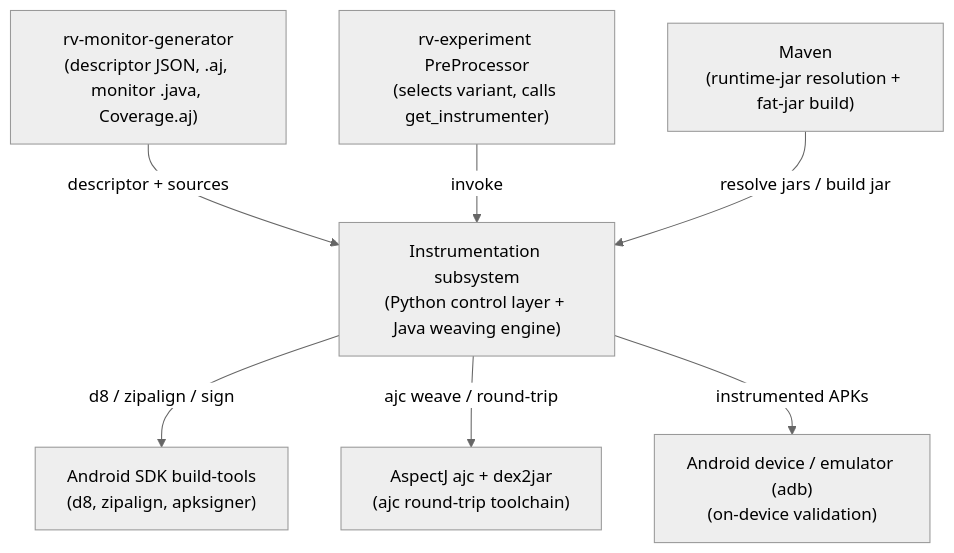
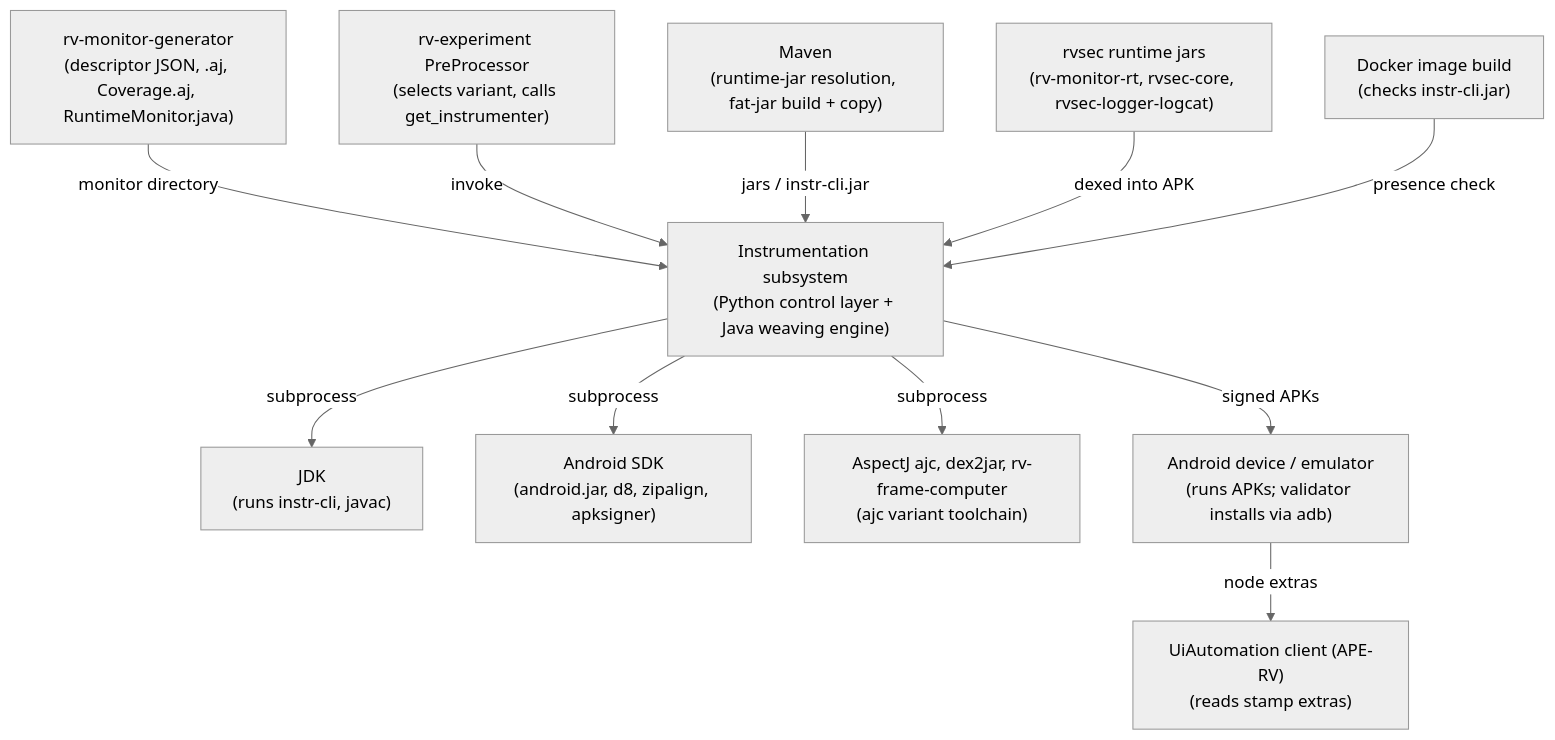
The first of 4 diagrams in rv-android/docs/architecture/instrumentation.md (PAMunb/rvsec), drawn with Mermaid before and after one commit. The commit also changed other lines of this file and 7 other files, not shown here.

````diff
--- a/rv-android/docs/architecture/instrumentation.md
+++ b/rv-android/docs/architecture/instrumentation.md
@@ -58,18 +62,26 @@
 ```mermaid
 %%{init: {'theme': 'neutral'}}%%
 flowchart TB
-  monitorgen["rv-monitor-generator<br/>(descriptor JSON, .aj, monitor .java, Coverage.aj)"]
+  monitorgen["rv-monitor-generator<br/>(descriptor JSON, .aj, Coverage.aj, RuntimeMonitor.java)"]
   preproc["rv-experiment PreProcessor<br/>(selects variant, calls get_instrumenter)"]
-  maven["Maven<br/>(runtime-jar resolution + fat-jar build)"]
-  sdk["Android SDK build-tools<br/>(d8, zipalign, apksigner)"]
-  ajctools["AspectJ ajc + dex2jar<br/>(ajc round-trip toolchain)"]
-  device["Android device / emulator (adb)<br/>(on-device validation)"]
+  maven["Maven<br/>(runtime-jar resolution, fat-jar build + copy)"]
+  jdk["JDK<br/>(runs instr-cli, javac)"]
+  sdk["Android SDK<br/>(android.jar, d8, zipalign, apksigner)"]
+  ajctools["AspectJ ajc, dex2jar, rv-frame-computer<br/>(ajc variant toolchain)"]
+  rtjars["rvsec runtime jars<br/>(rv-monitor-rt, rvsec-core, rvsec-logger-logcat)"]
+  dockerimg["Docker image build<br/>(checks instr-cli.jar)"]
+  device["Android device / emulator<br/>(runs APKs; validator installs via adb)"]
+  uia["UiAutomation client (APE-RV)<br/>(reads stamp extras)"]
   instr["Instrumentation subsystem<br/>(Python control layer + Java weaving engine)"]
 
-  monitorgen -->|descriptor + sources| instr
+  monitorgen -->|monitor directory| instr
   preproc -->|invoke| instr
-  maven -->|resolve jars / build jar| instr
-  instr -->|d8 / zipalign / sign| sdk
-  instr -->|ajc weave / round-trip| ajctools
-  instr -->|instrumented APKs| device
+  maven -->|jars / instr-cli.jar| instr
+  rtjars -->|dexed into APK| instr
+  instr -->|subprocess| jdk
+  instr -->|subprocess| sdk
+  instr -->|subprocess| ajctools
+  dockerimg -->|presence check| instr
+  instr -->|signed APKs| device
+  device -->|node extras| uia
 ```
````
